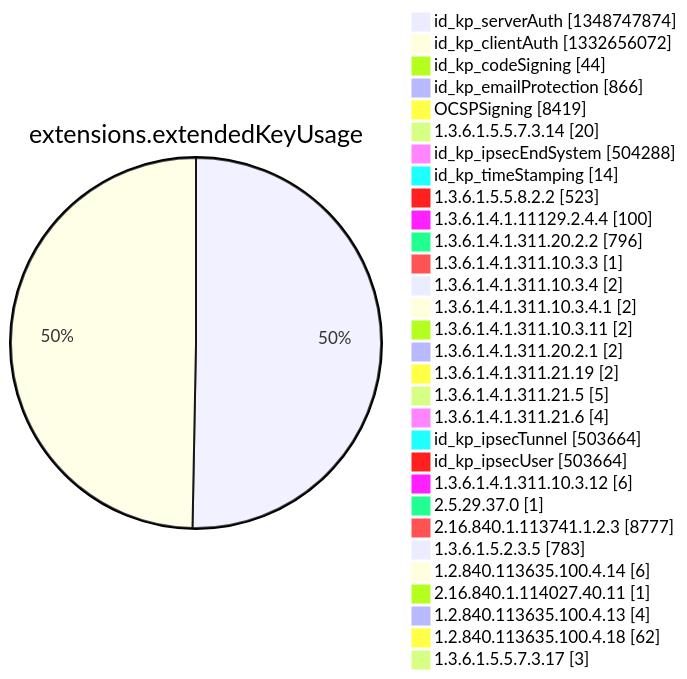
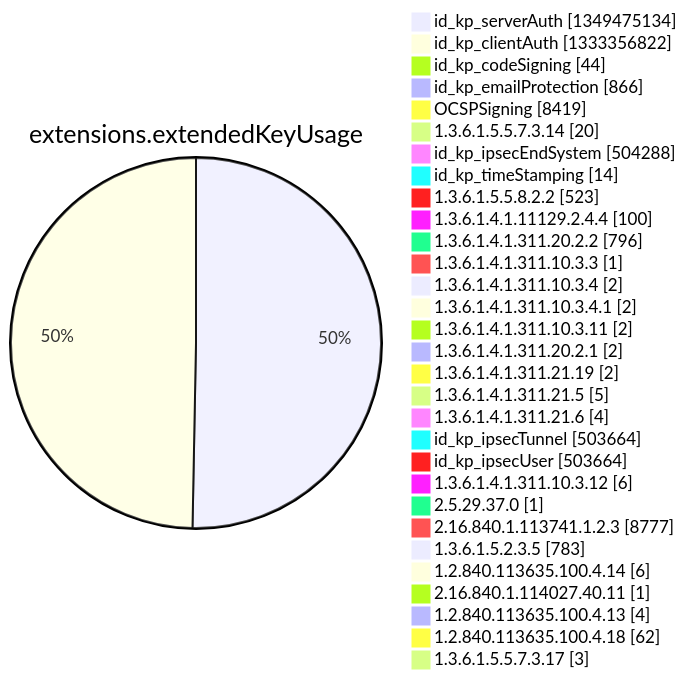
Diagram 12 of 15 in argon2022/README.md (christiankrug/ctmonitor_visualization), drawn with Mermaid before and after one commit. The commit also changed other lines of this file, not shown here.

````diff
--- a/argon2022/README.md
+++ b/argon2022/README.md
@@ -3553,34 +3553,34 @@
 ```mermaid
 pie showData
 title extensions.extendedKeyUsage
-"id_kp_serverAuth" :1348747874
-"id_kp_clientAuth" :1332656072
+"id_kp_serverAuth" :1349475134
+"id_kp_clientAuth" :1333356822
 "id_kp_codeSigning" :44
 "id_kp_emailProtection" :866
 "OCSPSigning" :8419
 "1.3.6.1.5.5.7.3.14" :20
 "id_kp_ipsecEndSystem" :504288
 "id_kp_timeStamping" :14
 "1.3.6.1.5.5.8.2.2" :523
 "1.3.6.1.4.1.11129.2.4.4" :100
 "1.3.6.1.4.1.311.20.2.2" :796
 "1.3.6.1.4.1.311.10.3.3" :1
 "1.3.6.1.4.1.311.10.3.4" :2
 "1.3.6.1.4.1.311.10.3.4.1" :2
 "1.3.6.1.4.1.311.10.3.11" :2
 "1.3.6.1.4.1.311.20.2.1" :2
 "1.3.6.1.4.1.311.21.19" :2
 "1.3.6.1.4.1.311.21.5" :5
 "1.3.6.1.4.1.311.21.6" :4
 "id_kp_ipsecTunnel" :503664
 "id_kp_ipsecUser" :503664
 "1.3.6.1.4.1.311.10.3.12" :6
 "2.5.29.37.0" :1
 "2.16.840.1.113741.1.2.3" :8777
 "1.3.6.1.5.2.3.5" :783
 "1.2.840.113635.100.4.14" :6
 "2.16.840.1.114027.40.11" :1
 "1.2.840.113635.100.4.13" :4
 "1.2.840.113635.100.4.18" :62
 "1.3.6.1.5.5.7.3.17" :3
 ```
````
